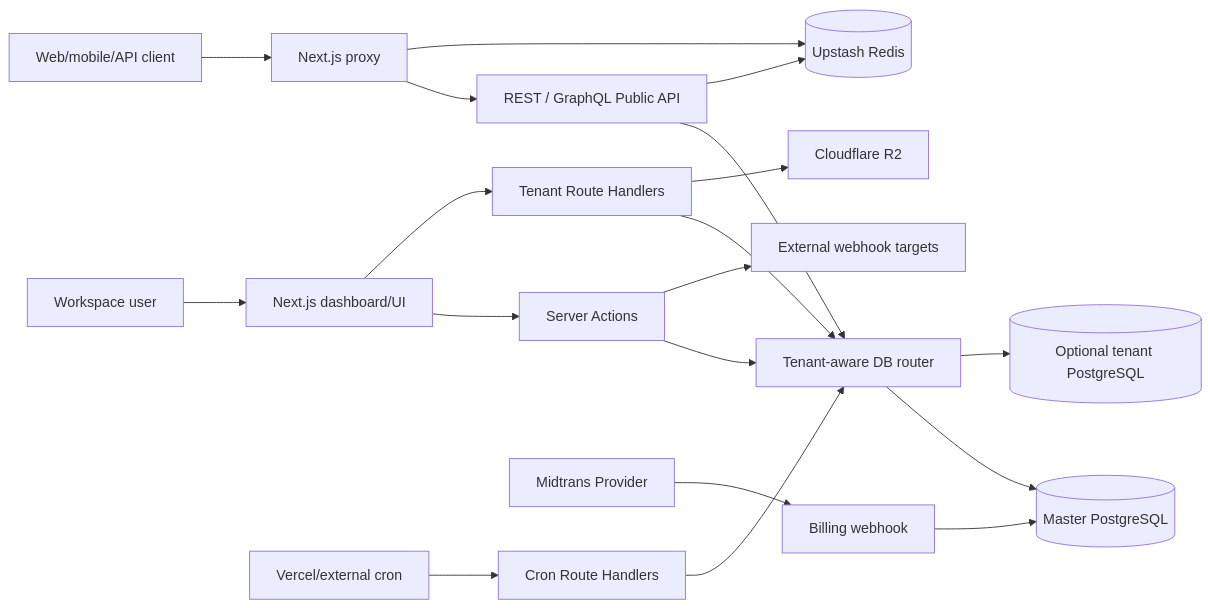
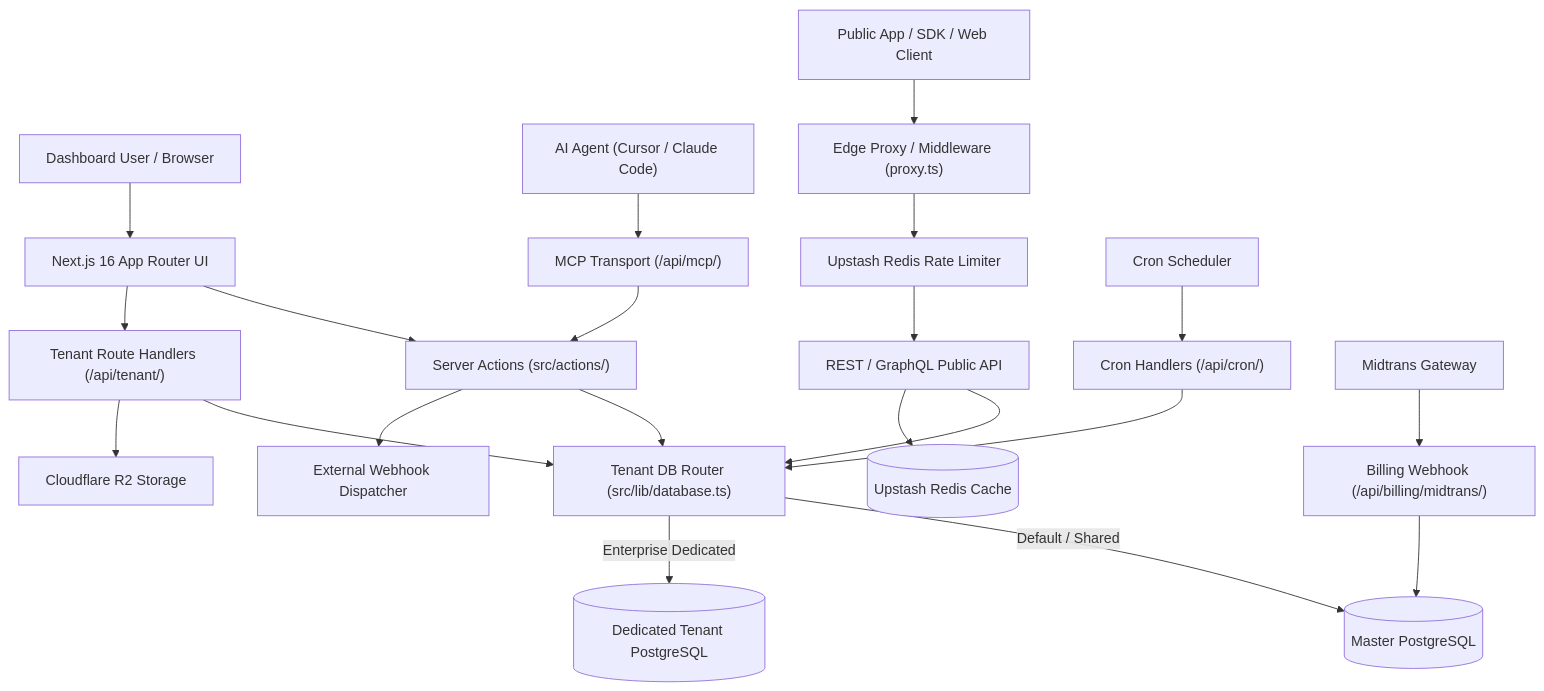
One commit to zonggonau/sacms changed the first of 2 diagrams in docs/03-Technical_Design_Document.md. Above: the diagram before and after it, drawn with Mermaid. The commit also changed other lines of this file and 11 other files, not shown here.

Commit message:
docs: synchronize full SDLC documentation with v1.2.1.0 codebase architecture

````diff
--- a/docs/03-Technical_Design_Document.md
+++ b/docs/03-Technical_Design_Document.md
@@ -47,25 +45,29 @@
 ```mermaid
-flowchart LR
-    User["Workspace user"] --> UI["Next.js dashboard/UI"]
-    UI --> SA["Server Actions"]
-    UI --> TenantAPI["Tenant Route Handlers"]
+flowchart TD
+    User["Dashboard User / Browser"] --> UI["Next.js 16 App Router UI"]
+    UI --> SA["Server Actions (src/actions/)"]
+    UI --> TenantAPI["Tenant Route Handlers (/api/tenant/)"]
 
-    Client["Web/mobile/API client"] --> Proxy["Next.js proxy"]
-    Proxy --> PublicAPI["REST / GraphQL Public API"]
+    AIAssistant["AI Agent (Cursor / Claude Code)"] --> MCPRoute["MCP Transport (/api/mcp/)"]
+    MCPRoute --> SA
 
-    Scheduler["Vercel/external cron"] --> Cron["Cron Route Handlers"]
-    Payment["Midtrans Provider"] --> BillingWebhook["Billing webhook"]
+    Client["Public App / SDK / Web Client"] --> Proxy["Edge Proxy / Middleware (proxy.ts)"]
+    Proxy --> RateLimit["Upstash Redis Rate Limiter"]
+    RateLimit --> PublicAPI["REST / GraphQL Public API"]
 
-    SA --> DBRouter["Tenant-aware DB router"]
+    Scheduler["Cron Scheduler"] --> Cron["Cron Handlers (/api/cron/)"]
+    Payment["Midtrans Gateway"] --> BillingWebhook["Billing Webhook (/api/billing/midtrans/)"]
+
+    SA --> DBRouter["Tenant DB Router (src/lib/database.ts)"]
     TenantAPI --> DBRouter
     PublicAPI --> DBRouter
     Cron --> DBRouter
     BillingWebhook --> MasterDB[("Master PostgreSQL")]
 
-    DBRouter --> MasterDB
-    DBRouter --> DedicatedDB[("Optional tenant PostgreSQL")]
-    PublicAPI --> Redis[("Upstash Redis")]
-    Proxy --> Redis
-    TenantAPI --> R2["Cloudflare R2"]
-    SA --> Webhook["External webhook targets"]
+    DBRouter -->|"Default / Shared"| MasterDB
+    DBRouter -->|"Enterprise Dedicated"| DedicatedDB[("Dedicated Tenant PostgreSQL")]
+    
+    PublicAPI --> RedisCache[("Upstash Redis Cache")]
+    TenantAPI --> R2["Cloudflare R2 Storage"]
+    SA --> Webhooks["External Webhook Dispatcher"]
 ```
````
